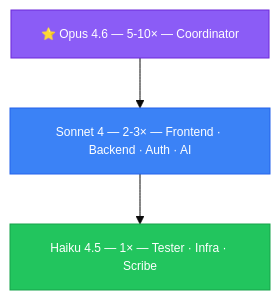
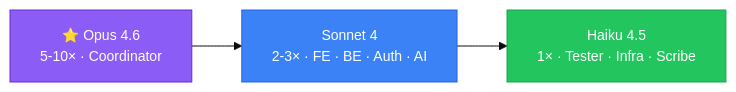
Before and after one commit to fredgis/OfficeAddin: the diagram in prez/diagrams/cost-tiers.mmd, drawn with Mermaid. The commit also changed 3 other files, not shown here.

First line of the commit message:
fix: slide 31 cost-tiers diagram overflow (TD -> LR layout)

```diff
--- a/prez/diagrams/cost-tiers.mmd
+++ b/prez/diagrams/cost-tiers.mmd
@@ -1,10 +1,7 @@
-%%{init: {'theme': 'base', 'themeVariables': {'fontSize': '12px'}}}%%
-graph TD
-    OPUS["⭐ Opus 4.6 — 5-10× — Coordinator"]
-    S["Sonnet 4 — 2-3× — Frontend · Backend · Auth · AI"]
-    H["Haiku 4.5 — 1× — Tester · Infra · Scribe"]
-    OPUS --> S --> H
+%%{init: {'theme': 'base', 'themeVariables': {'fontSize': '14px'}}}%%
+graph LR
+    OPUS["⭐ Opus 4.6<br/>5-10× · Coordinator"] --> S["Sonnet 4<br/>2-3× · FE · BE · Auth · AI"] --> H["Haiku 4.5<br/>1× · Tester · Infra · Scribe"]
 
     style OPUS fill:#8b5cf6,stroke:#6d28d9,color:#fff
     style S fill:#3b82f6,stroke:#2563eb,color:#fff
     style H fill:#22c55e,stroke:#16a34a,color:#fff
```
